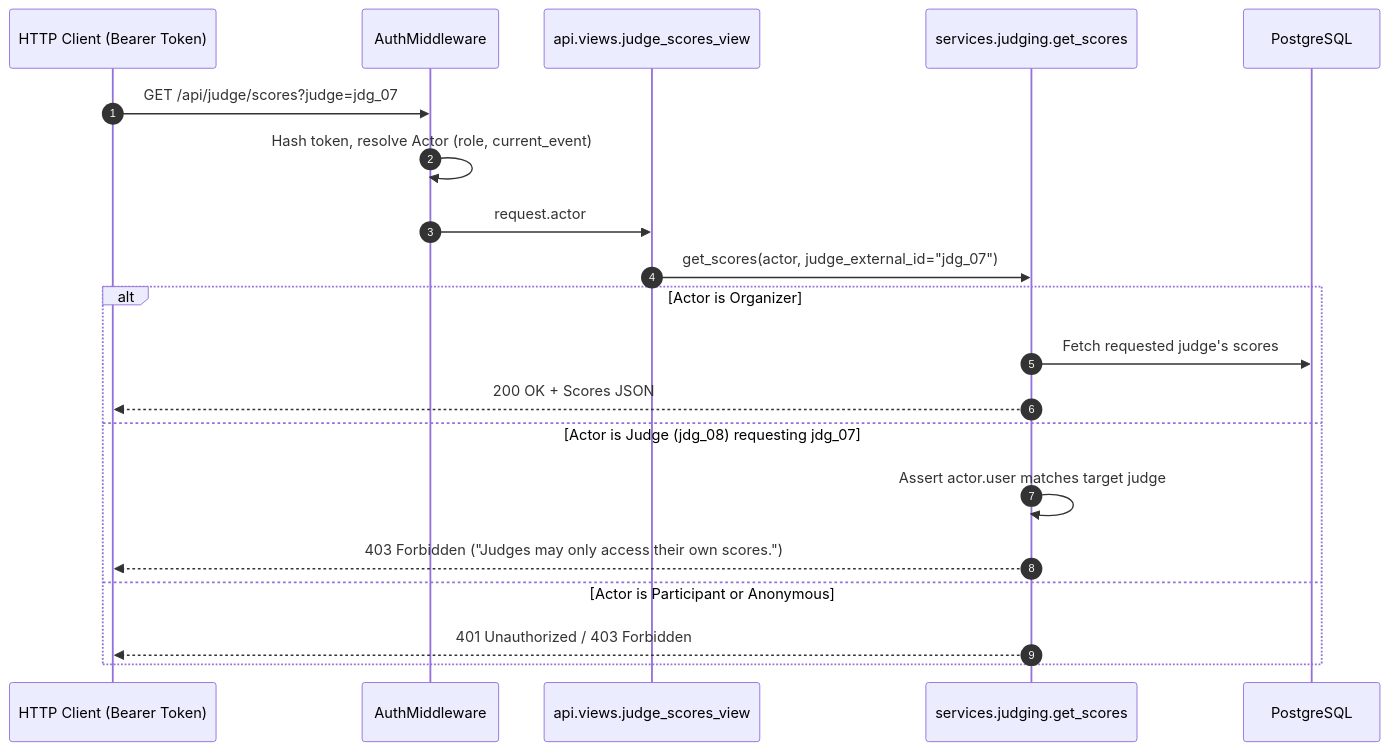
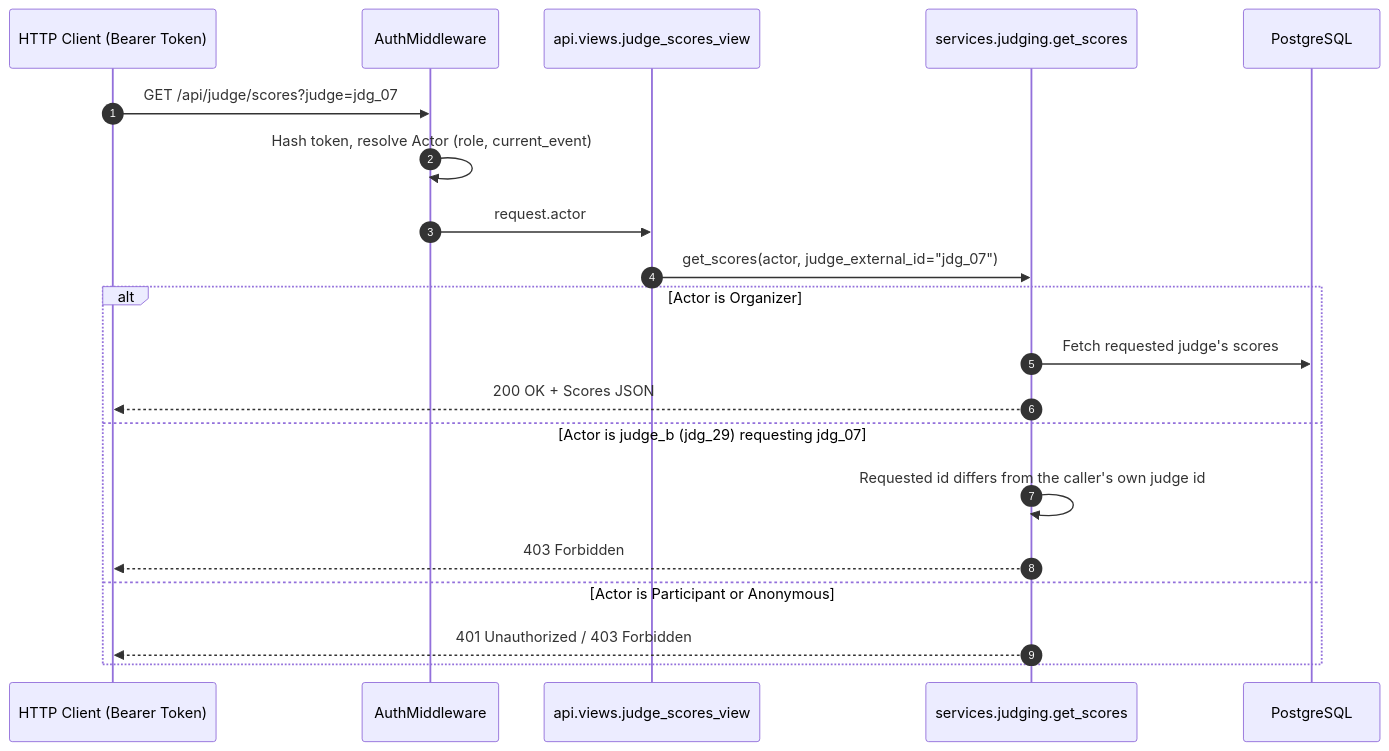
One commit to Dev-Am12/Rubric changed the third of 4 diagrams in README.md. Above: the diagram before and after it, drawn with Mermaid. The commit also changed other lines of this file and 1 other file, not shown here.

````diff
--- a/README.md
+++ b/README.md
@@ -305,24 +349,24 @@
 ```mermaid
 sequenceDiagram
     autonumber
     participant C as HTTP Client (Bearer Token)
     participant MW as AuthMiddleware
     participant API as api.views.judge_scores_view
     participant S as services.judging.get_scores
     participant DB as PostgreSQL
 
     C->>MW: GET /api/judge/scores?judge=jdg_07
     MW->>MW: Hash token, resolve Actor (role, current_event)
     MW->>API: request.actor
     API->>S: get_scores(actor, judge_external_id="jdg_07")
     
     alt Actor is Organizer
         S->>DB: Fetch requested judge's scores
         S-->>C: 200 OK + Scores JSON
-    else Actor is Judge (jdg_08) requesting jdg_07
-        S->>S: Assert actor.user matches target judge
-        S-->>C: 403 Forbidden ("Judges may only access their own scores.")
+    else Actor is judge_b (jdg_29) requesting jdg_07
+        S->>S: Requested id differs from the caller's own judge id
+        S-->>C: 403 Forbidden
     else Actor is Participant or Anonymous
         S-->>C: 401 Unauthorized / 403 Forbidden
     end
 ```
````
